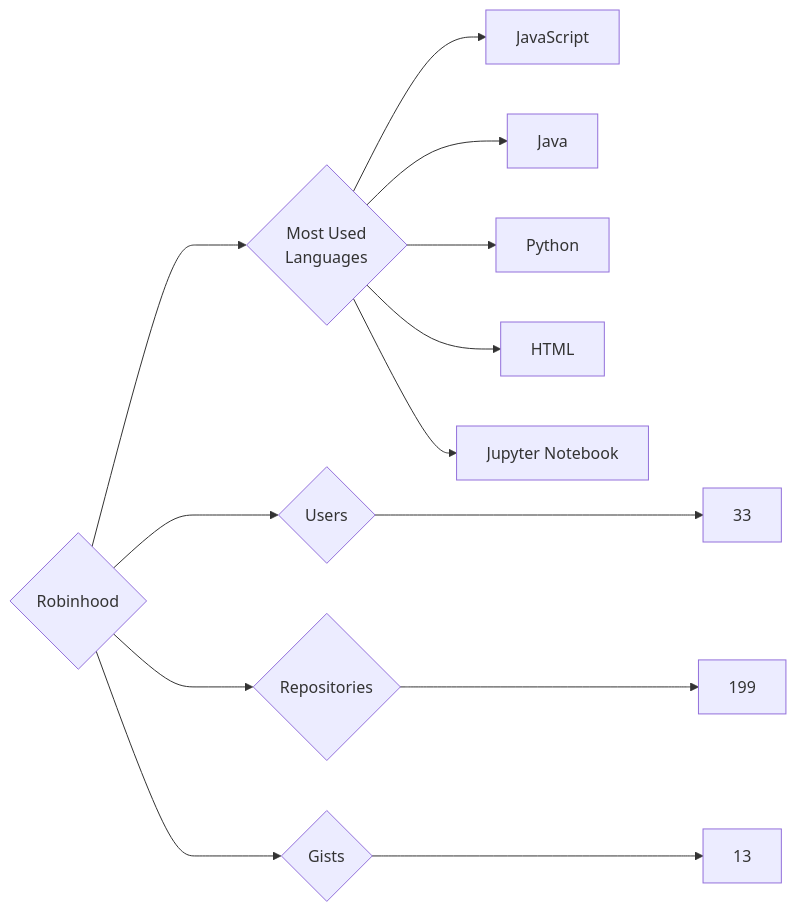
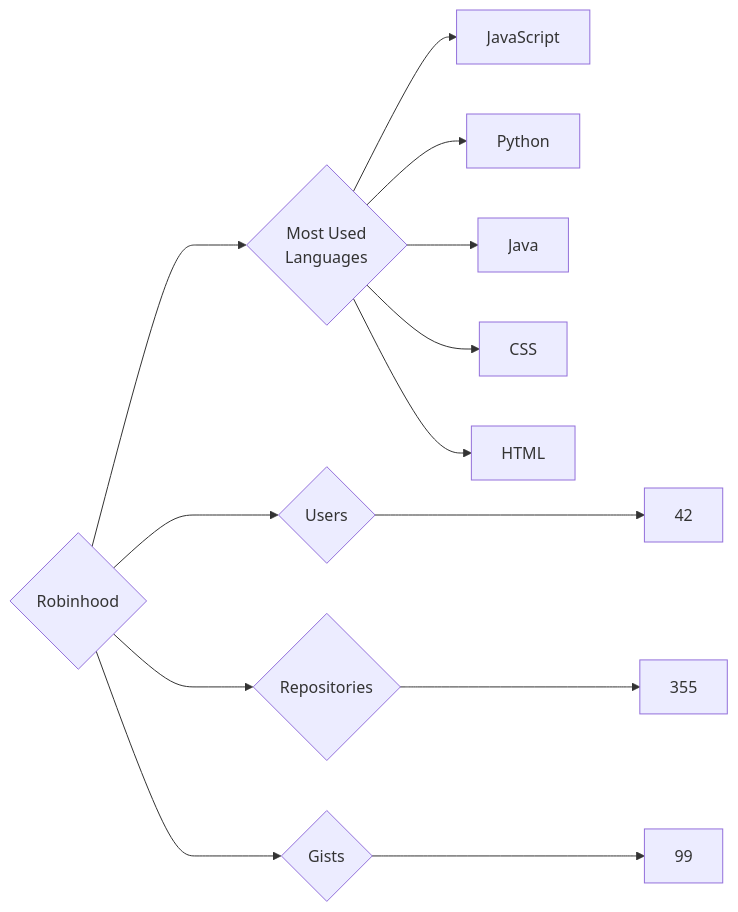
Before and after one commit to trickest/insiders: the diagram in targets/Robinhood/README.md, drawn with Mermaid. The commit also changed 851 other files, not shown here.

````diff
--- a/targets/Robinhood/README.md
+++ b/targets/Robinhood/README.md
@@ -3,13 +3,13 @@
 ```mermaid
 graph LR
 COMPANY_NAME{Robinhood}
-COMPANY_NAME ---> U{Users} ---> UN[33]
-COMPANY_NAME ---> R{Repositories} ---> RN[199]
-COMPANY_NAME ---> G{Gists} ---> GN[13]
+COMPANY_NAME ---> U{Users} ---> UN[42]
+COMPANY_NAME ---> R{Repositories} ---> RN[355]
+COMPANY_NAME ---> G{Gists} ---> GN[99]
 COMPANY_NAME ---> ML{Most Used<br>Languages}
 ML --> JavaScript[JavaScript]
+ML --> Python[Python]
 ML --> Java[Java]
-ML --> Python[Python]
+ML --> CSS[CSS]
 ML --> HTML[HTML]
-ML --> Jupyter_Notebook[Jupyter Notebook]
 ```
````
